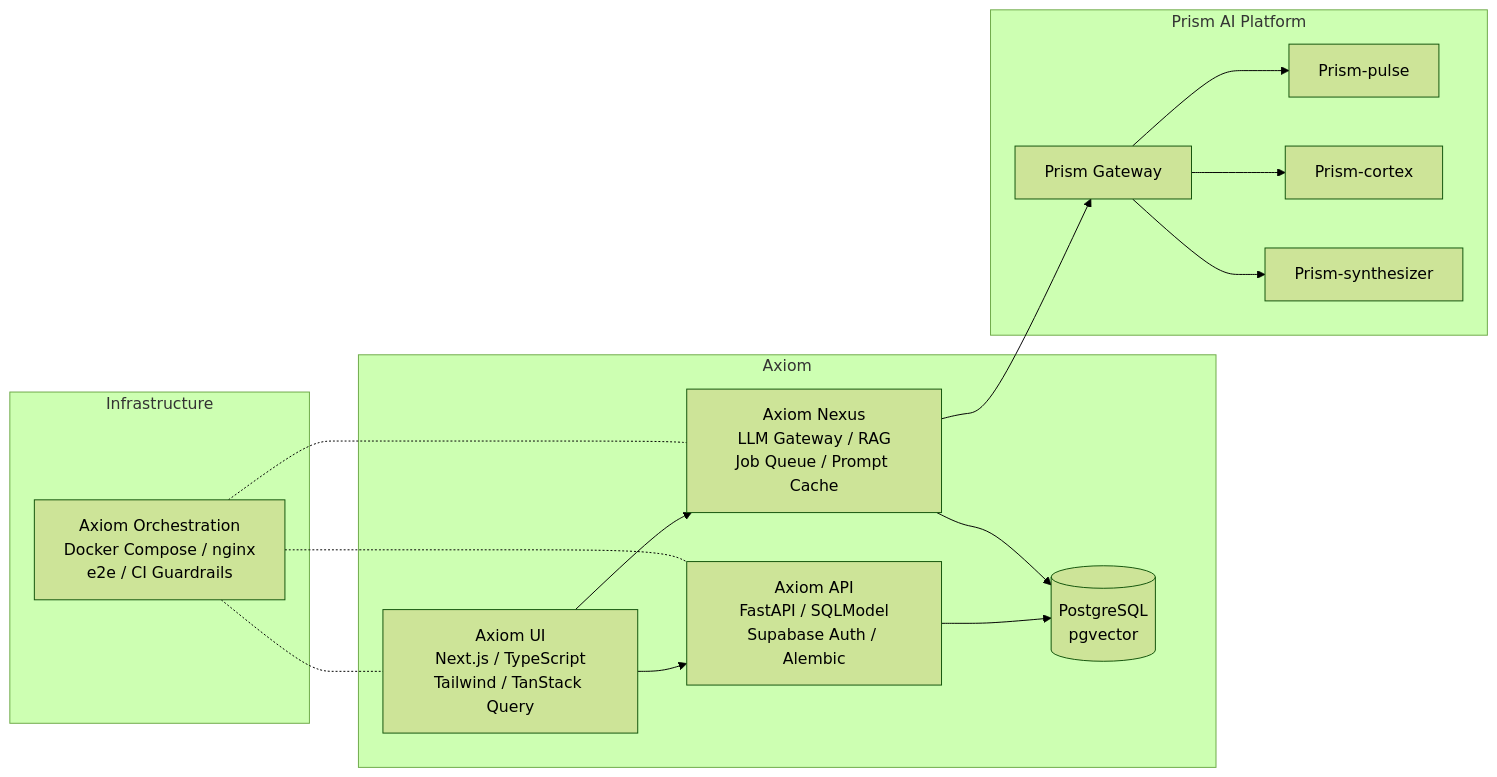
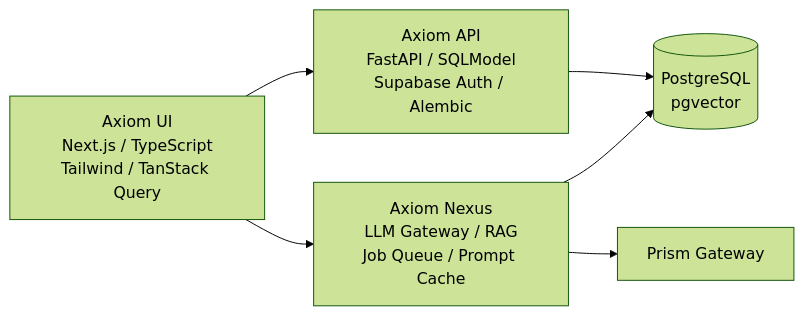
The second of 4 diagrams in README.md (vsinghal3737/vsinghal3737), drawn with Mermaid (forest theme) before and after one commit. The commit also changed other lines of this file, not shown here.

````diff
--- a/README.md
+++ b/README.md
@@ -44,28 +68,14 @@
 ```mermaid
 flowchart LR
-    subgraph Axiom
-        UI["Axiom UI<br/>Next.js / TypeScript<br/>Tailwind / TanStack Query"]
-        API["Axiom API<br/>FastAPI / SQLModel<br/>Supabase Auth / Alembic"]
-        Nexus["Axiom Nexus<br/>LLM Gateway / RAG<br/>Job Queue / Prompt Cache"]
-        PG[("PostgreSQL<br/>pgvector")]
-    end
-
-    subgraph Prism["Prism AI Platform"]
-        Gateway["Prism Gateway"]
-        Pulse["Prism-pulse"]
-        Cortex["Prism-cortex"]
-        Synthesizer["Prism-synthesizer"]
-    end
-
-    subgraph Infra["Infrastructure"]
-        Orch["Axiom Orchestration<br/>Docker Compose / nginx<br/>e2e / CI Guardrails"]
-    end
+    UI["Axiom UI<br/>Next.js / TypeScript<br/>Tailwind / TanStack Query"]
+    API["Axiom API<br/>FastAPI / SQLModel<br/>Supabase Auth / Alembic"]
+    Nexus["Axiom Nexus<br/>LLM Gateway / RAG<br/>Job Queue / Prompt Cache"]
+    PG[("PostgreSQL<br/>pgvector")]
+    Gateway["Prism Gateway"]
 
     UI --> API
     UI --> Nexus
     Nexus --> Gateway
-    Gateway --> Pulse & Cortex & Synthesizer
     API --> PG
     Nexus --> PG
-    Orch -.- UI & API & Nexus
 ```
````
